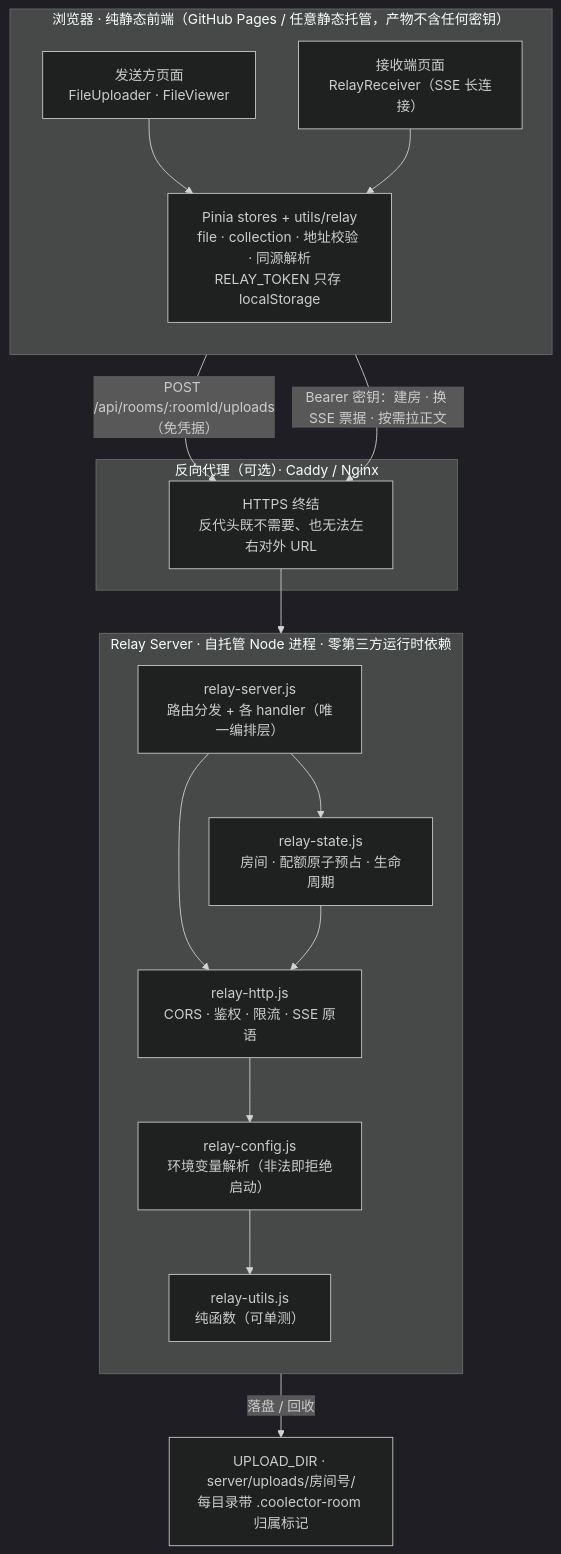
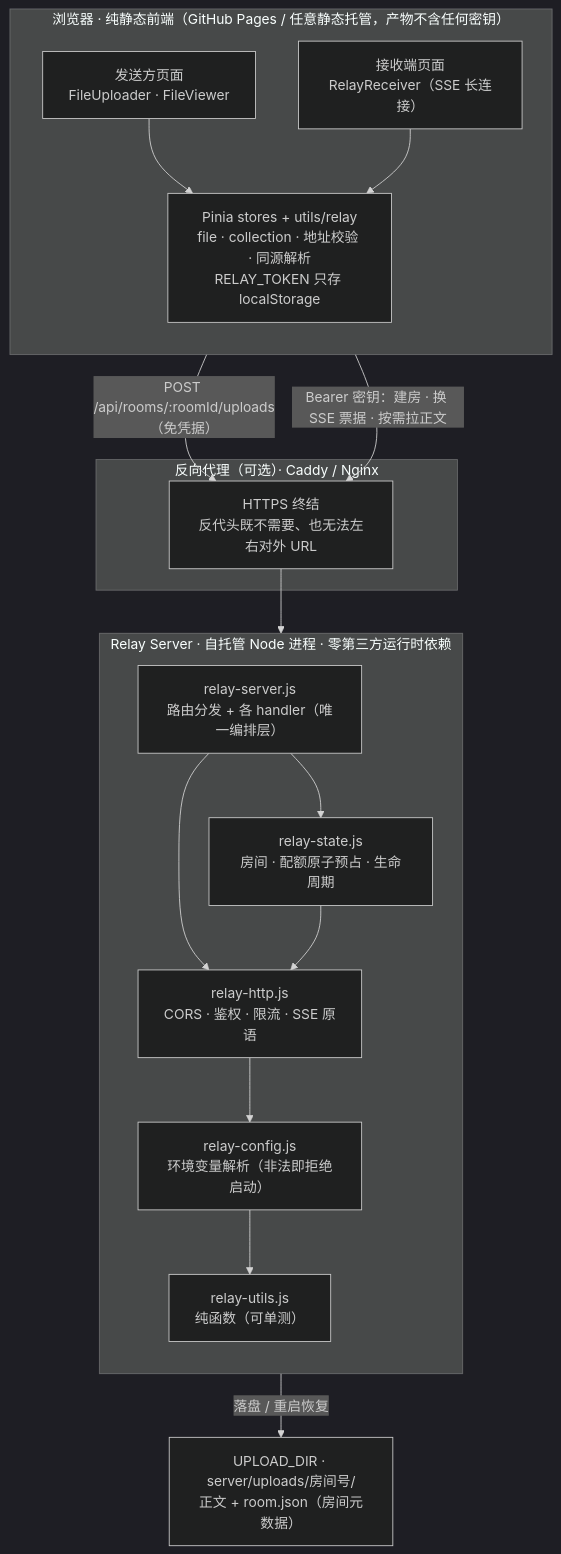
One commit to HHSTU-IST/coolector changed the first of 2 diagrams in README.md. Above: the diagram before and after it, drawn with Mermaid (dark theme). The commit also changed other lines of this file and 9 other files, not shown here.

````diff
--- a/README.md
+++ b/README.md
@@ -137,36 +137,36 @@
 ```mermaid
 flowchart TB
   subgraph client["浏览器 · 纯静态前端（GitHub Pages / 任意静态托管，产物不含任何密钥）"]
     direction TB
     sender["发送方页面<br/>FileUploader · FileViewer"]
     receiver["接收端页面<br/>RelayReceiver（SSE 长连接）"]
     core["Pinia stores + utils/relay<br/>file · collection · 地址校验 · 同源解析<br/>RELAY_TOKEN 只存 localStorage"]
     sender --> core
     receiver --> core
   end
 
   subgraph edge["反向代理（可选）· Caddy / Nginx"]
     tls["HTTPS 终结<br/>反代头既不需要、也无法左右对外 URL"]
   end
 
   subgraph srv["Relay Server · 自托管 Node 进程 · 零第三方运行时依赖"]
     direction TB
     app["relay-server.js<br/>路由分发 + 各 handler（唯一编排层）"]
     roomState["relay-state.js<br/>房间 · 配额原子预占 · 生命周期"]
     http["relay-http.js<br/>CORS · 鉴权 · 限流 · SSE 原语"]
     conf["relay-config.js<br/>环境变量解析（非法即拒绝启动）"]
     utils["relay-utils.js<br/>纯函数（可单测）"]
     app --> roomState
     app --> http
     roomState --> http
     http --> conf
     conf --> utils
   end
 
-  disk["UPLOAD_DIR · server/uploads/房间号/<br/>每目录带 .coolector-room 归属标记"]
+  disk["UPLOAD_DIR · server/uploads/房间号/<br/>正文 + room.json（房间元数据）"]
 
   sender -->|"POST /api/rooms/:roomId/uploads（免凭据）"| tls
   receiver -->|"Bearer 密钥：建房 · 换 SSE 票据 · 按需拉正文"| tls
   tls --> app
-  roomState -->|"落盘 / 回收"| disk
+  roomState -->|"落盘 / 重启恢复"| disk
 ```
````
